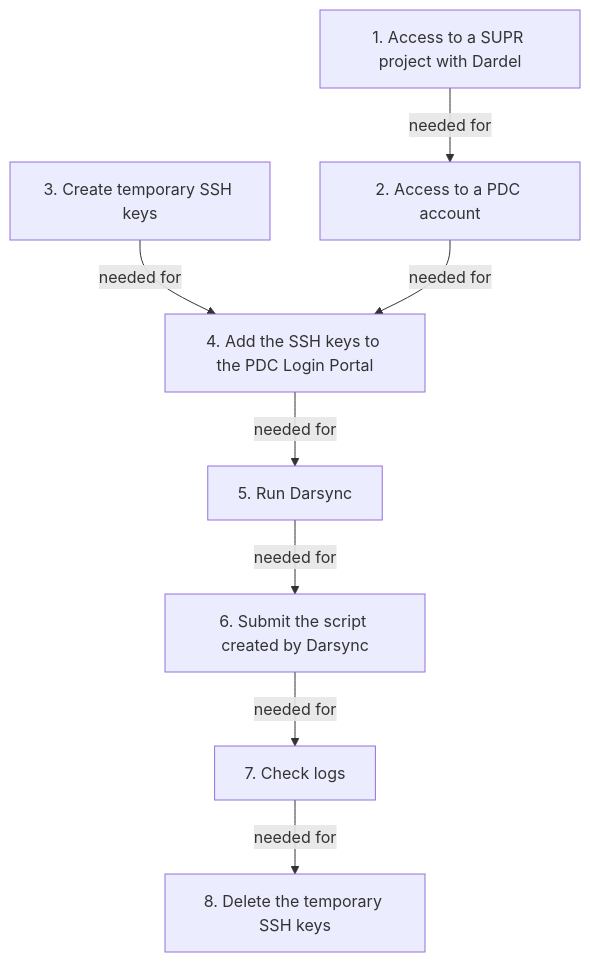
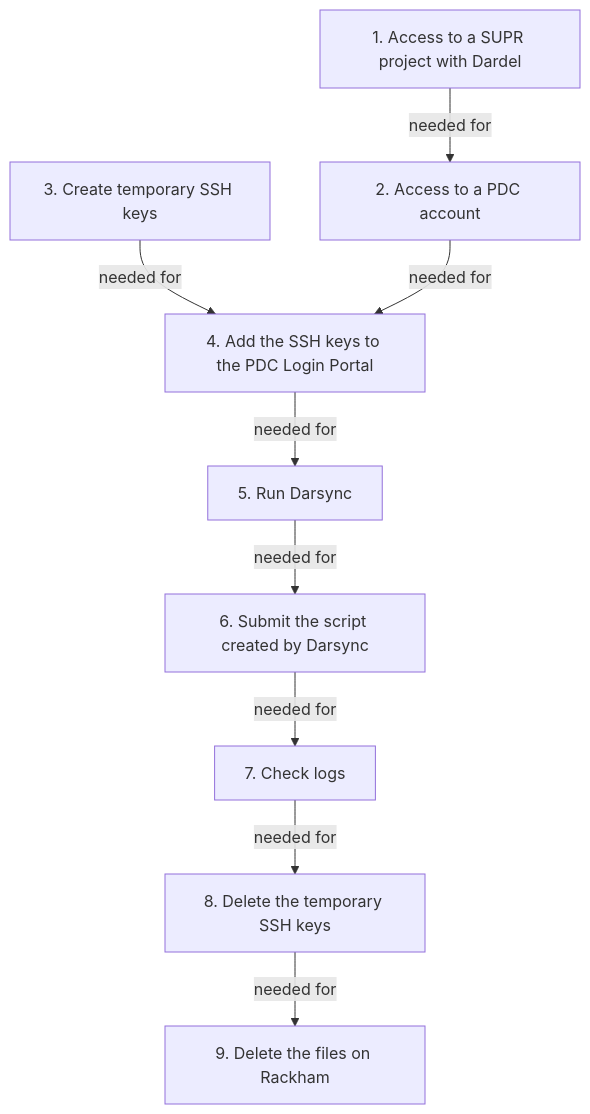
Before and after one commit to UPPMAX/UPPMAX-documentation: the diagram in docs/cluster_guides/dardel_migration.md, drawn with Mermaid. The commit also changed other lines of this file, not shown here.

Commit message:
Encourage users to delete files on Rackham after migration

````diff
--- a/docs/cluster_guides/dardel_migration.md
+++ b/docs/cluster_guides/dardel_migration.md
@@ -63,20 +63,22 @@
 ```mermaid
 flowchart TD
   get_supr_project[1. Access to a SUPR project with Dardel]
   get_pdc_account[2. Access to a PDC account]
   create_ssh_key[3. Create temporary SSH keys]
   add_ssh_key[4. Add the SSH keys to the PDC Login Portal]
   run_darsync[5. Run Darsync]
   slurm[6. Submit the script created by Darsync]
   check_logs[7. Check logs]
   delete_ssh_keys[8. Delete the temporary SSH keys]
+  delete_rackham_files[9. Delete the files on Rackham]
 
   get_supr_project --> |needed for| get_pdc_account
 
   create_ssh_key --> |needed for| add_ssh_key
   get_pdc_account --> |needed for| add_ssh_key
   add_ssh_key --> |needed for| run_darsync
   run_darsync --> |needed for| slurm
   slurm --> |needed for| check_logs
   check_logs --> |needed for| delete_ssh_keys
+  delete_ssh_keys --> |needed for| delete_rackham_files
 ```
````
